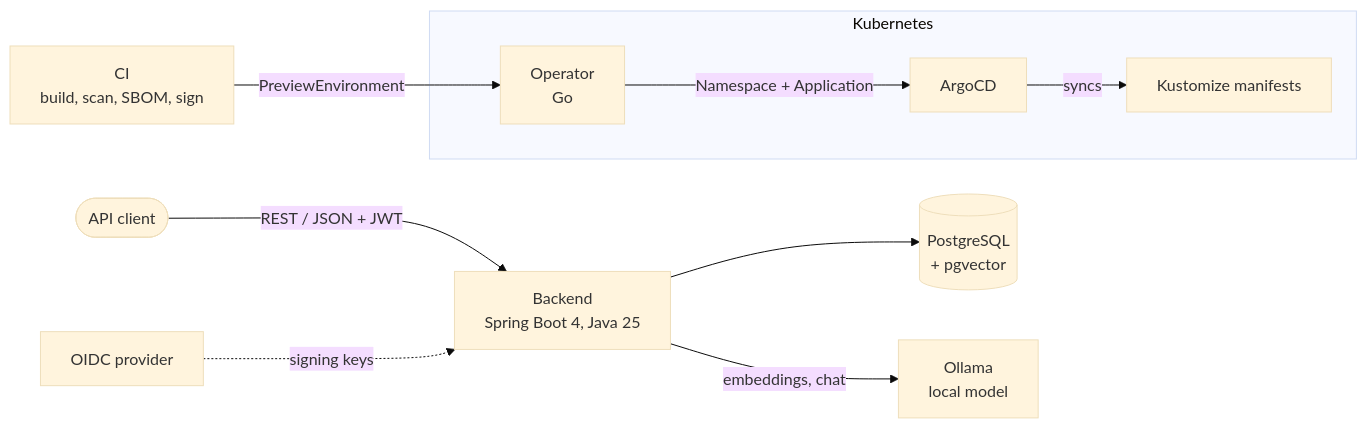
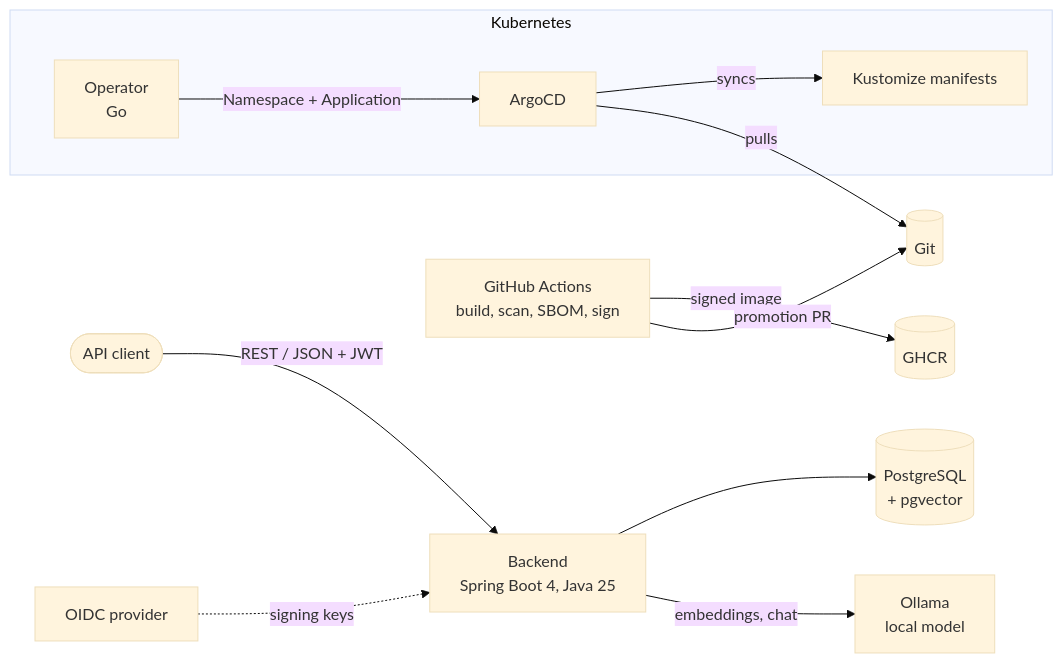
One commit to aiyer8594/almanac changed the diagram in README.md. Above: the diagram before and after it, drawn with Mermaid (base theme). The commit also changed other lines of this file and 2 other files, not shown here.

First line of the commit message:
docs: plan CI/CD on GitHub Actions with ArgoCD delivery (ADR 0004)

````diff
--- a/README.md
+++ b/README.md
@@ -20,13 +20,15 @@
 ```mermaid
 flowchart LR
     client([API client]) -->|REST / JSON + JWT| be[Backend<br/>Spring Boot 4, Java 25]
     idp[OIDC provider] -.->|signing keys| be
     be --> pg[(PostgreSQL<br/>+ pgvector)]
     be -->|embeddings, chat| ollama[Ollama<br/>local model]
 
-    ci[CI<br/>build, scan, SBOM, sign] -->|PreviewEnvironment| op
+    ci[GitHub Actions<br/>build, scan, SBOM, sign] -->|signed image| ghcr[(GHCR)]
+    ci -->|promotion PR| git[(Git)]
     subgraph cluster [Kubernetes]
         op[Operator<br/>Go] -->|Namespace + Application| argocd[ArgoCD]
         argocd -->|syncs| k8s[Kustomize manifests]
     end
+    argocd -->|pulls| git
 ```
````
